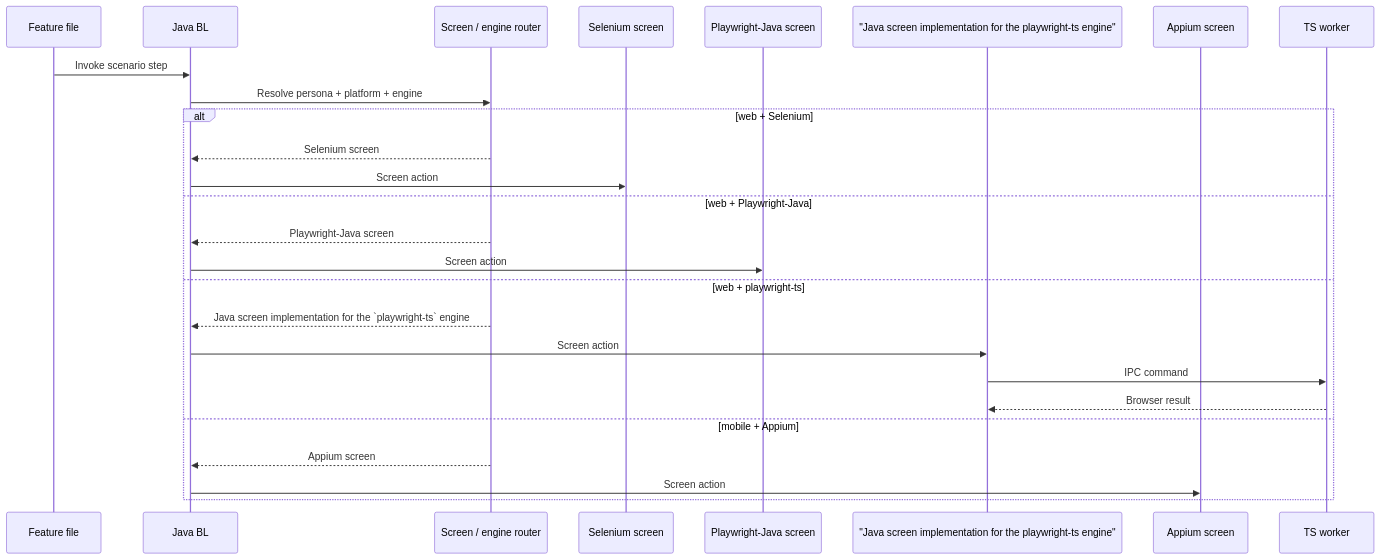
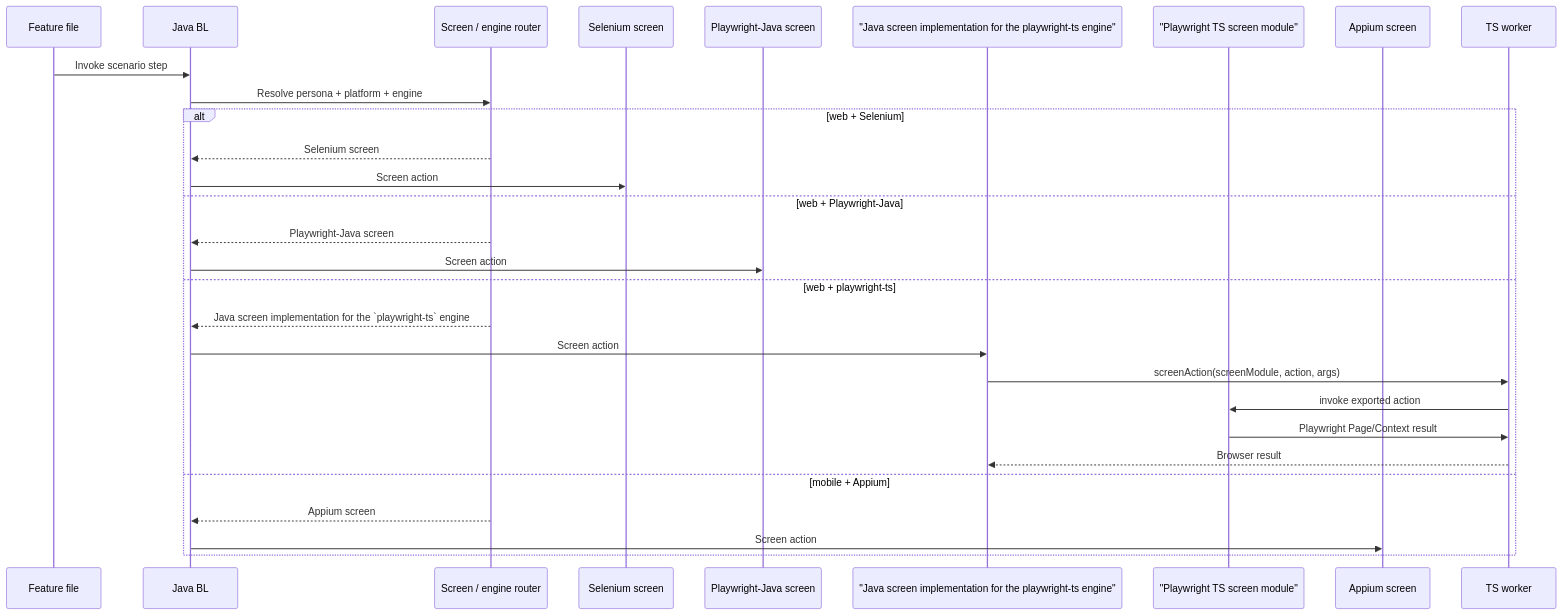
Before and after one commit to znsio/teswiz: the second of 3 diagrams in docs/Architecture-README.md, drawn with Mermaid. The commit also changed 13 other files, not shown here.

Commit message:
Add TypeScript screen-module bridge for playwright-ts

````diff
--- a/docs/Architecture-README.md
+++ b/docs/Architecture-README.md
@@ -48,29 +48,32 @@
 ```mermaid
 sequenceDiagram
     participant Feature as Feature file
     participant BL as Java BL
     participant Router as Screen / engine router
     participant Se as Selenium screen
     participant PJ as Playwright-Java screen
     participant PT as "Java screen implementation for the playwright-ts engine"
+    participant TS as "Playwright TS screen module"
     participant App as Appium screen
     participant Worker as TS worker
 
     Feature->>BL: Invoke scenario step
     BL->>Router: Resolve persona + platform + engine
     alt web + Selenium
         Router-->>BL: Selenium screen
         BL->>Se: Screen action
     else web + Playwright-Java
         Router-->>BL: Playwright-Java screen
         BL->>PJ: Screen action
     else web + playwright-ts
         Router-->>BL: Java screen implementation for the `playwright-ts` engine
         BL->>PT: Screen action
-        PT->>Worker: IPC command
+        PT->>Worker: screenAction(screenModule, action, args)
+        Worker->>TS: invoke exported action
+        TS->>Worker: Playwright Page/Context result
         Worker-->>PT: Browser result
     else mobile + Appium
         Router-->>BL: Appium screen
         BL->>App: Screen action
     end
 ```
````
